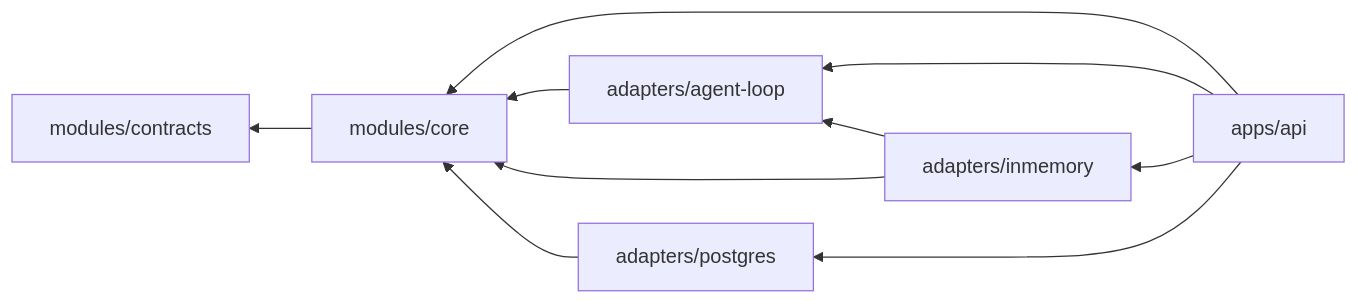
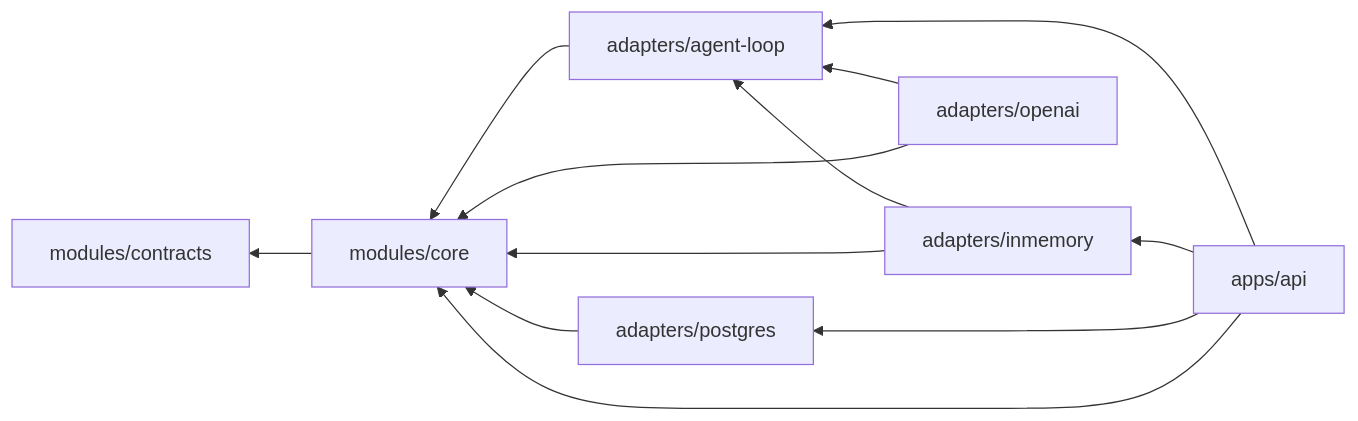
The diagram in docs/architecture/module-map.md (striveh/emergeos), drawn with Mermaid before and after one commit. The commit also changed other lines of this file and 10 other files, not shown here.

````diff
--- a/docs/architecture/module-map.md
+++ b/docs/architecture/module-map.md
@@ -34,19 +40,22 @@
 ```mermaid
 flowchart RL
   API["apps/api"]
   LOOP["adapters/agent-loop"]
   MEM["adapters/inmemory"]
   PG["adapters/postgres"]
+  OAI["adapters/openai"]
   CORE["modules/core"]
   CT["modules/contracts"]
 
   API --> LOOP
   API --> MEM
   API --> PG
   API --> CORE
   MEM --> LOOP
+  OAI --> LOOP
+  OAI --> CORE
   LOOP --> CORE
   MEM --> CORE
   PG --> CORE
   CORE --> CT
 ```
````
